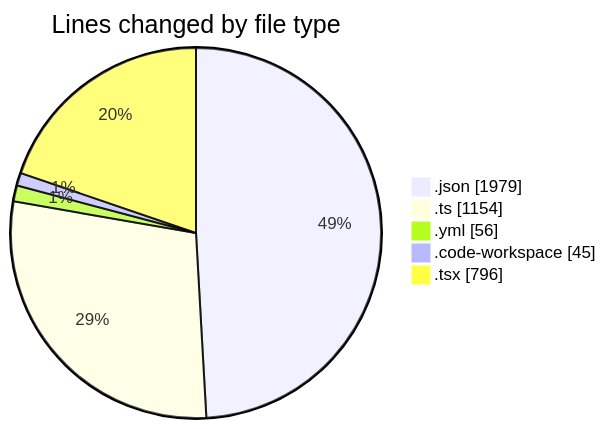
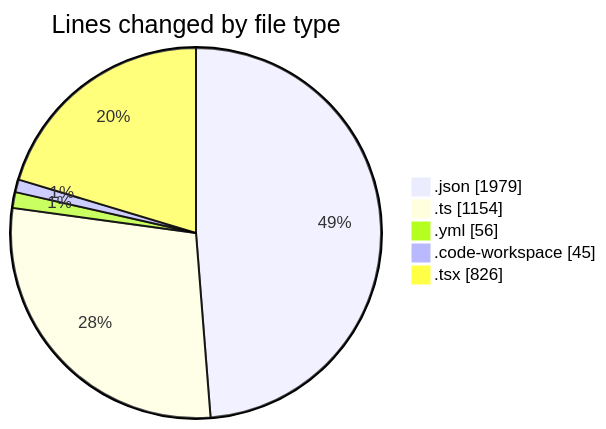
One commit to julien-gomy/code-tracking changed the first of 2 diagrams in 2025-11-25/eventscop-frontend-guide__workspace_/README.md. Above: the diagram before and after it, drawn with Mermaid. The commit also changed other lines of this file and 1 other file, not shown here.

````diff
--- a/2025-11-25/eventscop-frontend-guide__workspace_/README.md
+++ b/2025-11-25/eventscop-frontend-guide__workspace_/README.md
@@ -32,9 +32,9 @@
 ```mermaid
 pie showData
 title Lines changed by file type
 ".json" : 1979
 ".ts" : 1154
 ".yml" : 56
 ".code-workspace" : 45
-".tsx" : 796
+".tsx" : 826
 ```
````
